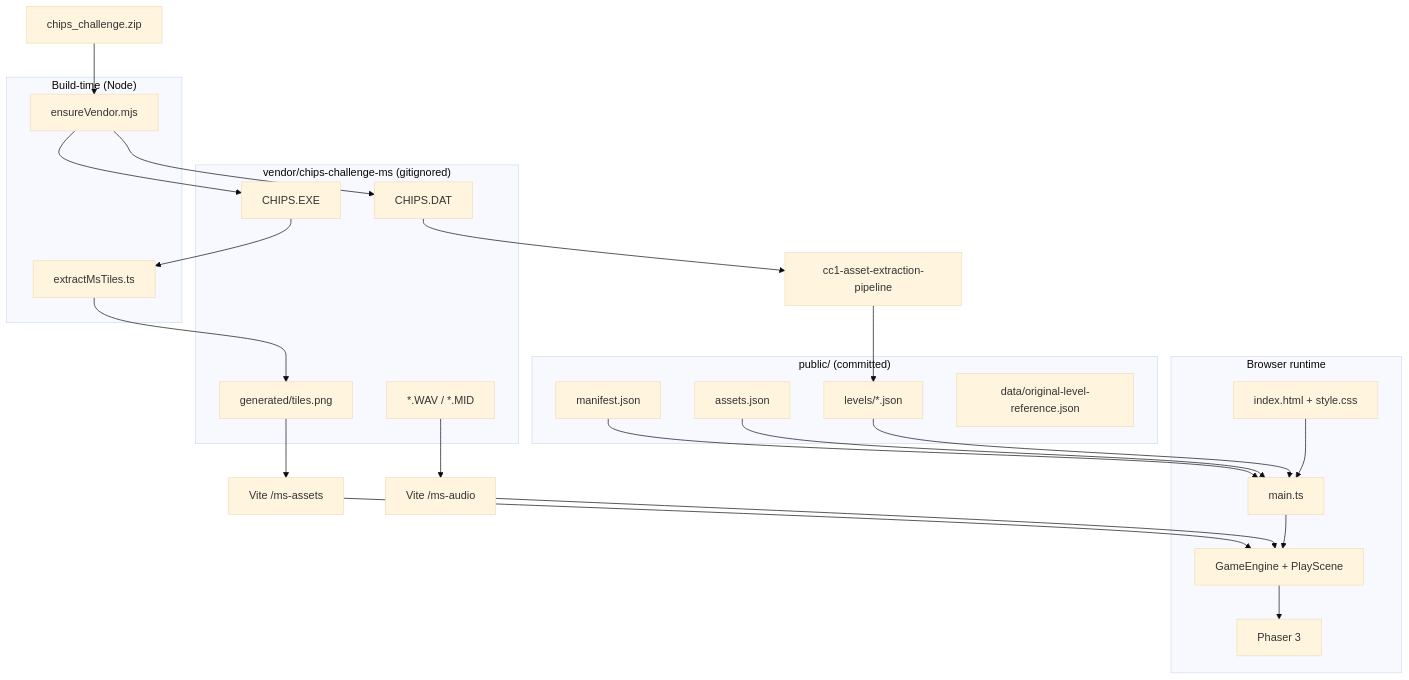
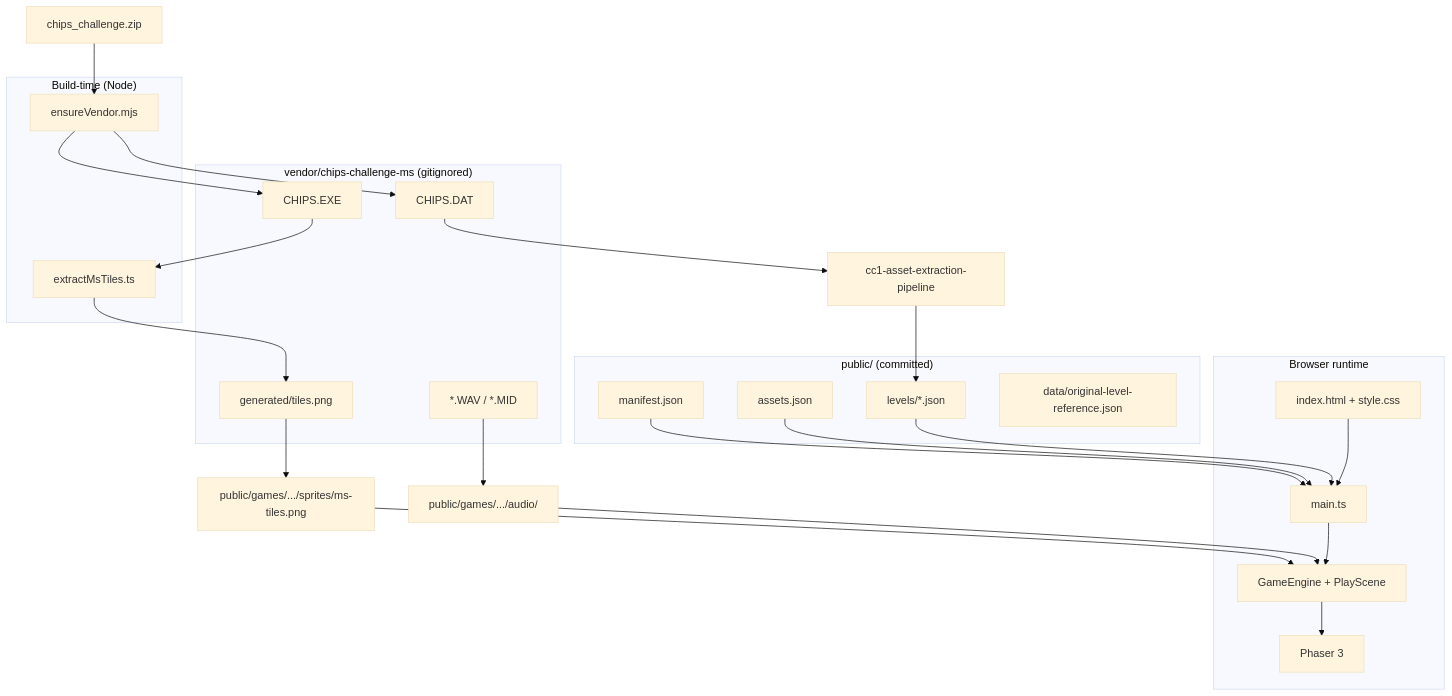
Before and after one commit to DanM7/chips-challenge-web: the first of 3 diagrams in docs/architecture.md, drawn with Mermaid (base theme). The commit also changed other lines of this file and 39 other files, not shown here.

````diff
--- a/docs/architecture.md
+++ b/docs/architecture.md
@@ -15,47 +15,47 @@
 ```mermaid
 flowchart TB
   subgraph vendor["vendor/chips-challenge-ms (gitignored)"]
     DAT["CHIPS.DAT"]
     EXE["CHIPS.EXE"]
     GEN["generated/tiles.png"]
     WAV["*.WAV / *.MID"]
   end
 
   subgraph build["Build-time (Node)"]
     ensure["ensureVendor.mjs"]
     extract["extractMsTiles.ts"]
   end
 
   subgraph public["public/ (committed)"]
     manifest["manifest.json"]
     assets["assets.json"]
     levels["levels/*.json"]
     ref["data/original-level-reference.json"]
   end
 
   subgraph runtime["Browser runtime"]
     html["index.html + style.css"]
     main["main.ts"]
     engine["GameEngine + PlayScene"]
     phaser["Phaser 3"]
   end
 
   ZIP["chips_challenge.zip"] --> ensure
   ensure --> DAT
   ensure --> EXE
   EXE --> extract
   extract --> GEN
   DAT --> CLI["cc1-asset-extraction-pipeline"]
   CLI --> levels
 
   manifest --> main
   assets --> main
   levels --> main
-  GEN --> vite["Vite /ms-assets"]
-  WAV --> vite2["Vite /ms-audio"]
-  vite --> engine
-  vite2 --> engine
+  GEN --> pack["public/games/.../sprites/ms-tiles.png"]
+  WAV --> pack2["public/games/.../audio/"]
+  pack --> engine
+  pack2 --> engine
   main --> engine
   engine --> phaser
   html --> main
 ```
````
